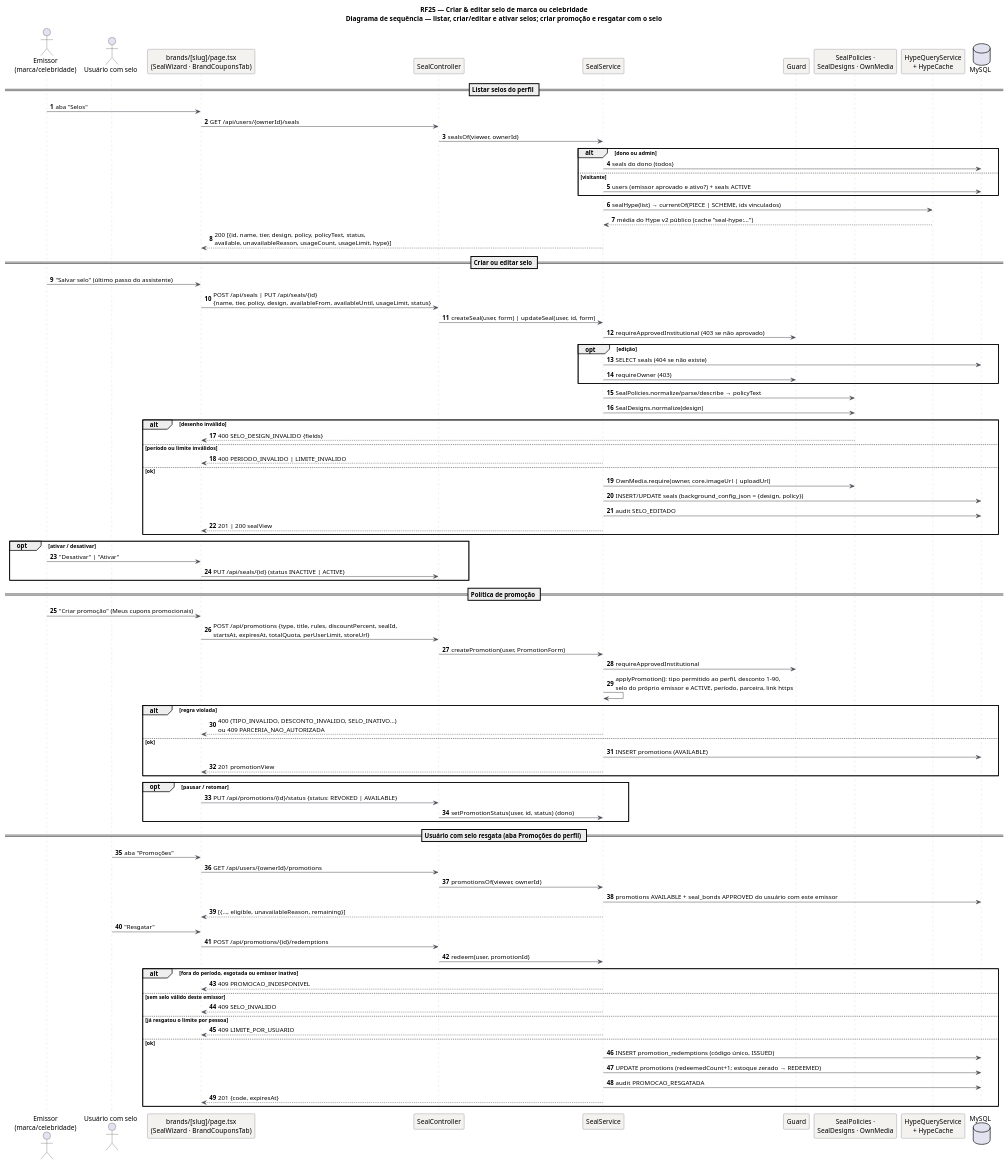
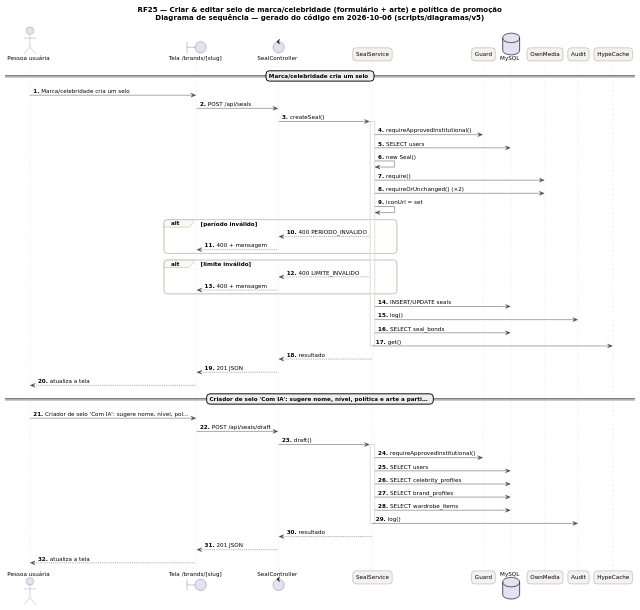
The diagram in docs/diagramas/RF25/RF25-sequencia.puml (MatheusHaliski/tcc-2026-fashion-ai-backend), drawn with PlantUML before and after one commit. The commit also changed 799 other files, not shown here.

```diff
--- a/docs/diagramas/RF25/RF25-sequencia.puml
+++ b/docs/diagramas/RF25/RF25-sequencia.puml
@@ -1,98 +1,77 @@
 @startuml RF25_Sequencia
-title RF25 — Criar & editar selo de marca ou celebridade\nDiagrama de sequência — listar, criar/editar e ativar selos; criar promoção e resgatar com o selo
 skinparam backgroundColor #FFFFFF
+skinparam shadowing false
+skinparam defaultFontName "DejaVu Sans"
+skinparam defaultFontSize 12
+skinparam titleFontSize 15
+skinparam roundcorner 14
+skinparam ArrowColor #52606D
+skinparam note {
+  BackgroundColor #FFFDEB
+  BorderColor #D8CE78
+  FontColor #554F24
+}
 skinparam sequence {
   ArrowColor #4A4852
   LifeLineBorderColor #CBC6BE
   ParticipantBackgroundColor #F4F2EF
   ParticipantBorderColor #4A4852
+  ActorBorderColor #4A4852
+  GroupBorderColor #CBC6BE
+  GroupBackgroundColor #FAF8F5
 }
-autonumber
-actor "Emissor\n(marca/celebridade)" as M
-actor "Usuário com selo" as U
-participant "brands/[slug]/page.tsx\n(SealWizard · BrandCouponsTab)" as FE
-participant "SealController" as C
-participant "SealService" as S
-participant "Guard" as G
-participant "SealPolicies ·\nSealDesigns · OwnMedia" as V
-participant "HypeQueryService\n+ HypeCache" as H
-database "MySQL" as DB
+autonumber "<b>0."
+title RF25 — Criar & editar selo de marca/celebridade (formulário + arte) e política de promoção\nDiagrama de sequência — gerado do código em 2026-10-06 (scripts/diagramas/v5)
 
-== Listar selos do perfil ==
-M -> FE: aba "Selos"
-FE -> C: GET /api/users/{ownerId}/seals
-C -> S: sealsOf(viewer, ownerId)
-alt dono ou admin
-  S -> DB: seals do dono (todos)
-else visitante
-  S -> DB: users (emissor aprovado e ativo?) + seals ACTIVE
+actor "Pessoa usuária" as U
+boundary "Tela /brands/[slug]" as P
+control "SealController" as SealController
+participant "SealService" as SealService
+participant "Guard" as Guard
+database "MySQL" as DB_MySQL
+participant "OwnMedia" as OwnMedia
+participant "Audit" as Audit
+participant "HypeCache" as HypeCache
+== Marca/celebridade cria um selo ==
+U -> P : Marca/celebridade cria um selo
+P -> SealController : POST /api/seals
+SealController -> SealService : createSeal()
+activate SealService
+SealService -> Guard : requireApprovedInstitutional()
+SealService -> DB_MySQL : SELECT users
+SealService -> SealService : new Seal()
+SealService -> OwnMedia : require()
+SealService -> OwnMedia : requireOrUnchanged() (×2)
+SealService -> SealService : iconUrl = set
+alt período inválido
+SealService --> SealController : 400 PERIODO_INVALIDO
+SealController --> P : 400 + mensagem
 end
-S -> H: sealHype(list) → currentOf(PIECE | SCHEME, ids vinculados)
-H --> S: média do Hype v2 público (cache "seal-hype:…")
-S --> FE: 200 [{id, name, tier, design, policy, policyText, status,\navailable, unavailableReason, usageCount, usageLimit, hype}]
-
-== Criar ou editar selo ==
-M -> FE: "Salvar selo" (último passo do assistente)
-FE -> C: POST /api/seals | PUT /api/seals/{id}\n{name, tier, policy, design, availableFrom, availableUntil, usageLimit, status}
-C -> S: createSeal(user, form) | updateSeal(user, id, form)
-S -> G: requireApprovedInstitutional (403 se não aprovado)
-opt edição
-  S -> DB: SELECT seals (404 se não existe)
-  S -> G: requireOwner (403)
+alt limite inválido
+SealService --> SealController : 400 LIMITE_INVALIDO
+SealController --> P : 400 + mensagem
 end
-S -> V: SealPolicies.normalize/parse/describe → policyText
-S -> V: SealDesigns.normalize(design)
-alt desenho inválido
-  V --> FE: 400 SELO_DESIGN_INVALIDO {fields}
-else período ou limite inválidos
-  S --> FE: 400 PERIODO_INVALIDO | LIMITE_INVALIDO
-else ok
-  S -> V: OwnMedia.require(owner, core.imageUrl | uploadUrl)
-  S -> DB: INSERT/UPDATE seals (background_config_json = {design, policy})
-  S -> DB: audit SELO_EDITADO
-  S --> FE: 201 | 200 sealView
-end
-opt ativar / desativar
-  M -> FE: "Desativar" | "Ativar"
-  FE -> C: PUT /api/seals/{id} (status INACTIVE | ACTIVE)
-end
-
-== Política de promoção ==
-M -> FE: "Criar promoção" (Meus cupons promocionais)
-FE -> C: POST /api/promotions {type, title, rules, discountPercent, sealId,\nstartsAt, expiresAt, totalQuota, perUserLimit, storeUrl}
-C -> S: createPromotion(user, PromotionForm)
-S -> G: requireApprovedInstitutional
-S -> S: applyPromotion(): tipo permitido ao perfil, desconto 1–90,\nselo do próprio emissor e ACTIVE, período, parceira, link https
-alt regra violada
-  S --> FE: 400 (TIPO_INVALIDO, DESCONTO_INVALIDO, SELO_INATIVO…)\nou 409 PARCERIA_NAO_AUTORIZADA
-else ok
-  S -> DB: INSERT promotions (AVAILABLE)
-  S --> FE: 201 promotionView
-end
-opt pausar / retomar
-  FE -> C: PUT /api/promotions/{id}/status {status: REVOKED | AVAILABLE}
-  C -> S: setPromotionStatus(user, id, status) (dono)
-end
-
-== Usuário com selo resgata (aba Promoções do perfil) ==
-U -> FE: aba "Promoções"
-FE -> C: GET /api/users/{ownerId}/promotions
-C -> S: promotionsOf(viewer, ownerId)
-S -> DB: promotions AVAILABLE + seal_bonds APPROVED do usuário com este emissor
-S --> FE: [{…, eligible, unavailableReason, remaining}]
-U -> FE: "Resgatar"
-FE -> C: POST /api/promotions/{id}/redemptions
-C -> S: redeem(user, promotionId)
-alt fora do período, esgotada ou emissor inativo
-  S --> FE: 409 PROMOCAO_INDISPONIVEL
-else sem selo válido deste emissor
-  S --> FE: 409 SELO_INVALIDO
-else já resgatou o limite por pessoa
-  S --> FE: 409 LIMITE_POR_USUARIO
-else ok
-  S -> DB: INSERT promotion_redemptions (código único, ISSUED)
-  S -> DB: UPDATE promotions (redeemedCount+1; estoque zerado → REDEEMED)
-  S -> DB: audit PROMOCAO_RESGATADA
-  S --> FE: 201 {code, expiresAt}
-end
+SealService -> DB_MySQL : INSERT/UPDATE seals
+SealService -> Audit : log()
+SealService -> DB_MySQL : SELECT seal_bonds
+SealService -> HypeCache : get()
+deactivate SealService
+SealService --> SealController : resultado
+SealController --> P : 201 JSON
+P --> U : atualiza a tela
+== Criador de selo 'Com IA': sugere nome, nível, política e arte a parti… ==
+U -> P : Criador de selo 'Com IA': sugere nome, nível, pol…
+P -> SealController : POST /api/seals/draft
+SealController -> SealService : draft()
+activate SealService
+SealService -> Guard : requireApprovedInstitutional()
+SealService -> DB_MySQL : SELECT users
+SealService -> DB_MySQL : SELECT celebrity_profiles
+SealService -> DB_MySQL : SELECT brand_profiles
+SealService -> DB_MySQL : SELECT wardrobe_items
+SealService -> Audit : log()
+deactivate SealService
+SealService --> SealController : resultado
+SealController --> P : 201 JSON
+P --> U : atualiza a tela
 @enduml
```
